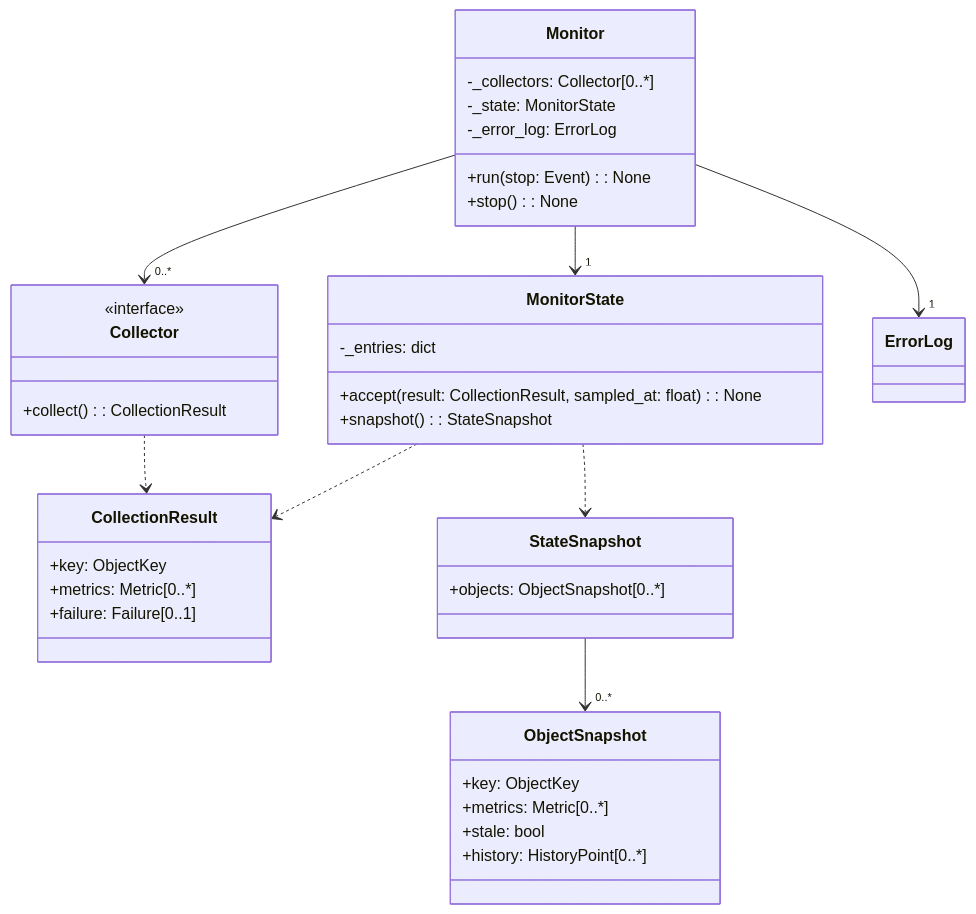
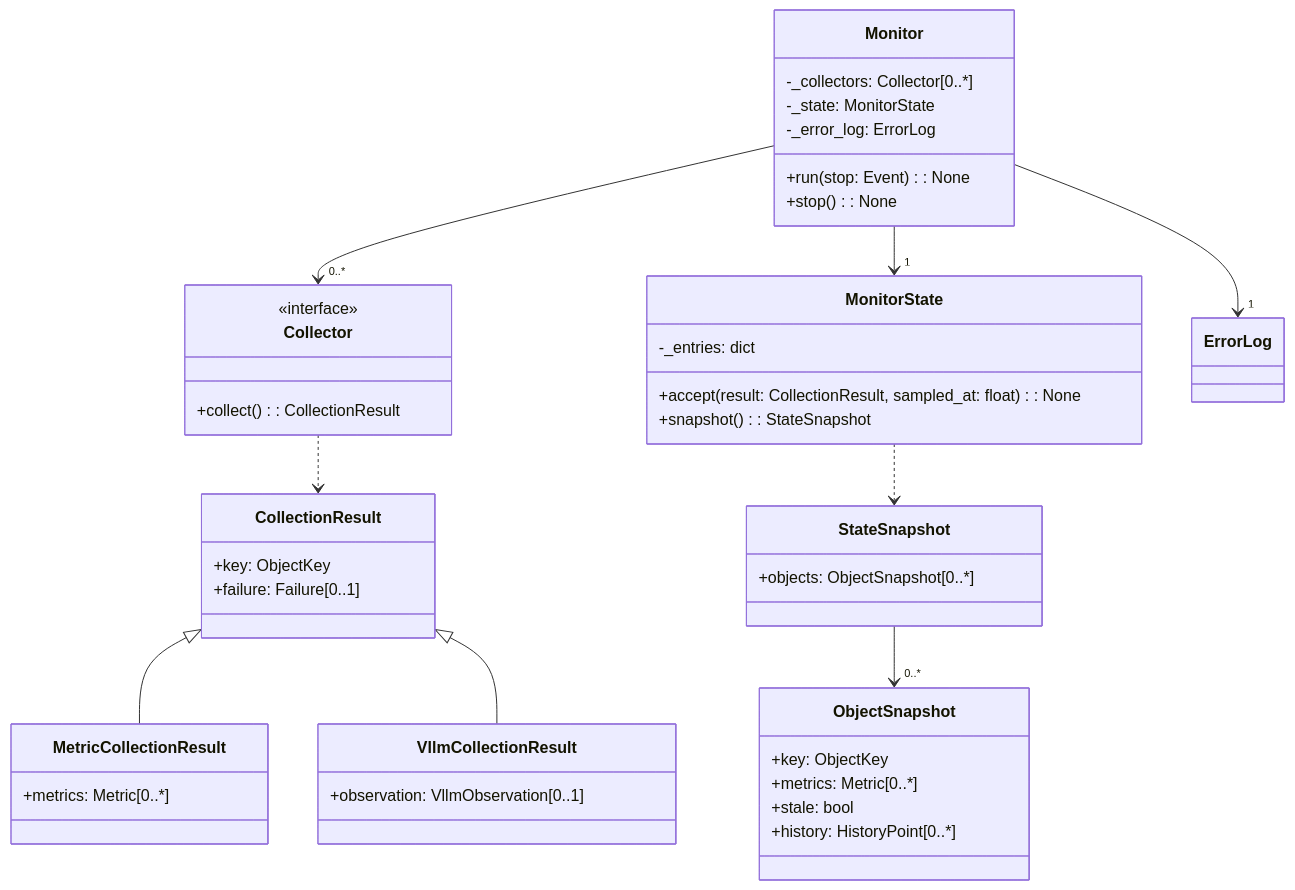
Before and after one commit to shawnluxyRE/joi-observer: the second of 2 diagrams in docs/design/monitor-state.md, drawn with Mermaid. The commit also changed other lines of this file and 67 other files, not shown here.

````diff
--- a/docs/design/monitor-state.md
+++ b/docs/design/monitor-state.md
@@ -34,43 +34,49 @@
 ```mermaid
 classDiagram
     direction TB
     class Monitor {
         -_collectors: Collector[0..*]
         -_state: MonitorState
         -_error_log: ErrorLog
         +run(stop: Event) : None
         +stop() : None
     }
     class Collector {
         <<interface>>
         +collect() : CollectionResult
     }
     class MonitorState {
         -_entries: dict
         +accept(result: CollectionResult, sampled_at: float) : None
         +snapshot() : StateSnapshot
     }
     class ErrorLog
     class CollectionResult {
         +key: ObjectKey
+        +failure: Failure[0..1]
+    }
+    class MetricCollectionResult {
         +metrics: Metric[0..*]
-        +failure: Failure[0..1]
+    }
+    class VllmCollectionResult {
+        +observation: VllmObservation[0..1]
     }
     class StateSnapshot {
         +objects: ObjectSnapshot[0..*]
     }
     class ObjectSnapshot {
         +key: ObjectKey
         +metrics: Metric[0..*]
         +stale: bool
         +history: HistoryPoint[0..*]
     }
 
     Monitor --> "0..*" Collector
     Monitor --> "1" MonitorState
     Monitor --> "1" ErrorLog
     Collector ..> CollectionResult
-    MonitorState ..> CollectionResult
+    CollectionResult <|-- MetricCollectionResult
+    CollectionResult <|-- VllmCollectionResult
     MonitorState ..> StateSnapshot
     StateSnapshot --> "0..*" ObjectSnapshot
 ```
````
